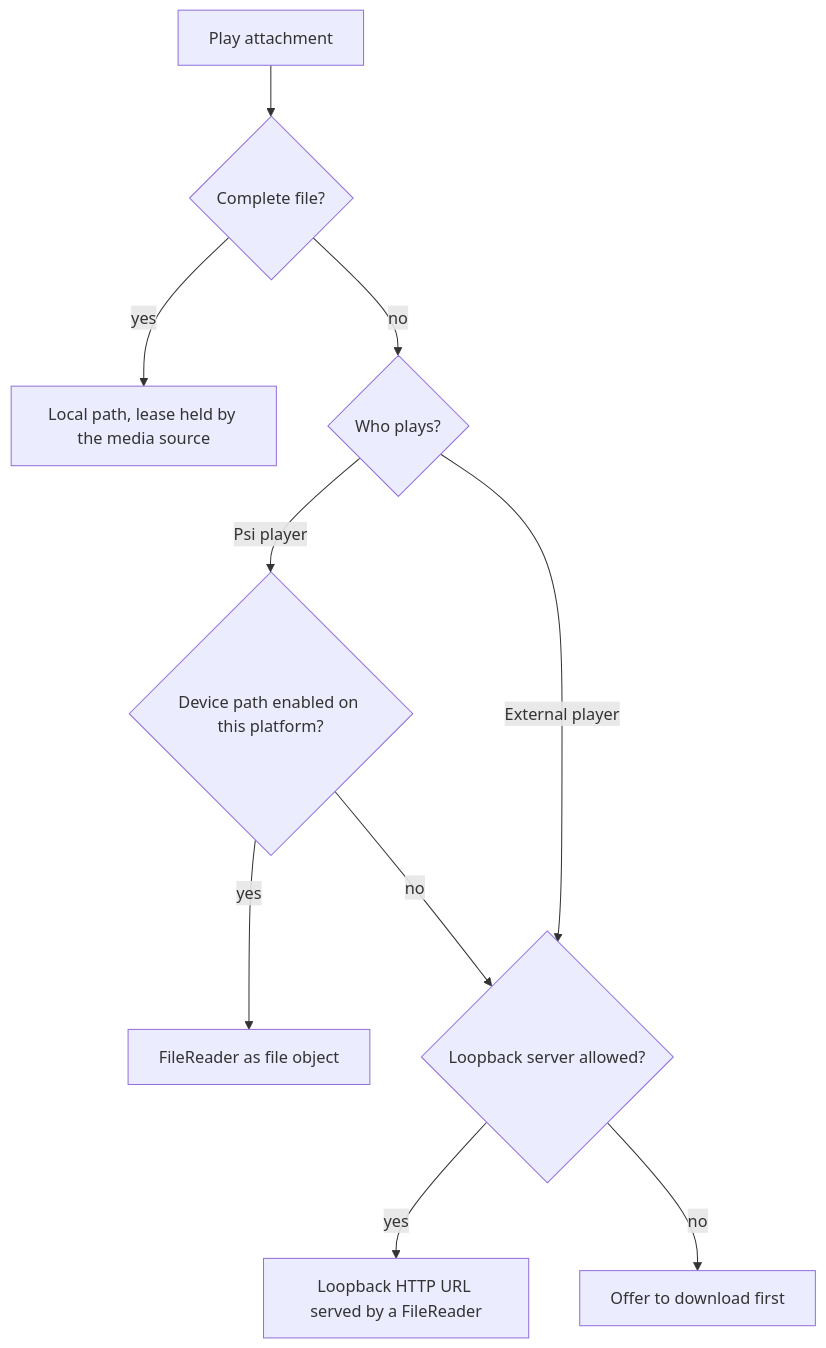
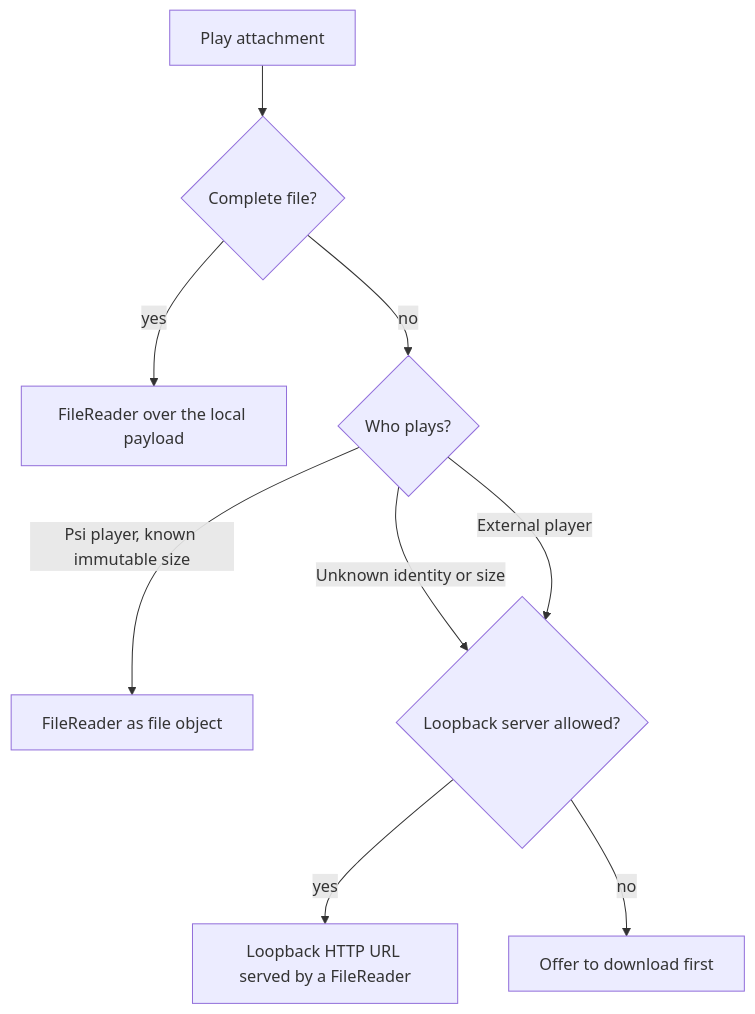
The fourth of 8 diagrams in docs/local-message-deletion-design.md (psi-im/psi), drawn with Mermaid before and after one commit. The commit also changed other lines of this file and 35 other files, not shown here.

````diff
--- a/docs/local-message-deletion-design.md
+++ b/docs/local-message-deletion-design.md
@@ -455,12 +467,11 @@
 ```mermaid
 flowchart TD
     start["Play attachment"] --> complete{"Complete file?"}
-    complete -- yes --> path["Local path, lease held by the media source"]
+    complete -- yes --> path["FileReader over the local payload"]
     complete -- no --> who{"Who plays?"}
-    who -- "Psi player" --> device{"Device path enabled on this platform?"}
-    device -- yes --> reader["FileReader as file object"]
-    device -- no --> server{"Loopback server allowed?"}
+    who -- "Psi player, known immutable size" --> reader["FileReader as file object"]
+    who -- "Unknown identity or size" --> server{"Loopback server allowed?"}
     who -- "External player" --> server
     server -- yes --> http["Loopback HTTP URL served by a FileReader"]
     server -- no --> first["Offer to download first"]
 ```
````
